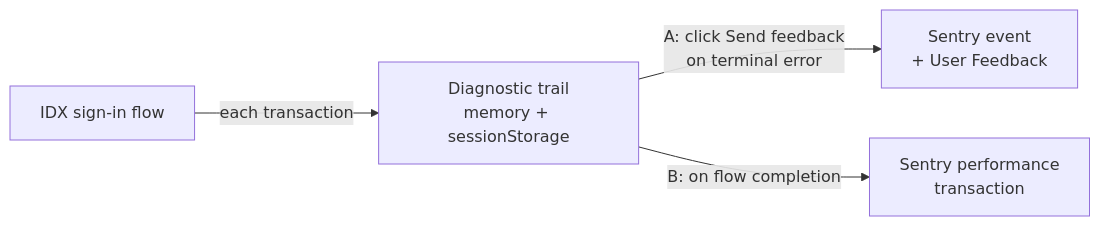
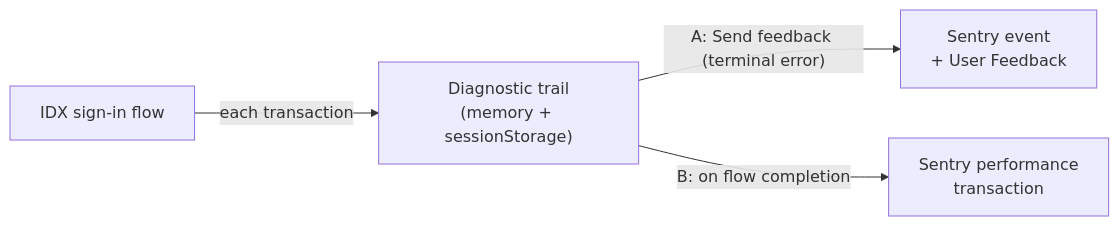
Before and after one commit to okta/okta-signin-widget: the first of 2 diagrams in src/v3/docs/sentry-poc-demo.md, drawn with Mermaid. The commit also changed other lines of this file, not shown here.

Commit message:
docs(gen3): fix mermaid diagrams in sentry POC doc

````diff
--- a/src/v3/docs/sentry-poc-demo.md
+++ b/src/v3/docs/sentry-poc-demo.md
@@ -56,6 +56,6 @@
 ```mermaid
 flowchart LR
-  A[IDX sign-in flow] -->|each transaction| B[Diagnostic trail<br/>memory + sessionStorage]
-  B -->|A: click Send feedback<br/>on terminal error| C[Sentry event<br/>+ User Feedback]
-  B -->|B: on flow completion| D[Sentry performance<br/>transaction]
+  A["IDX sign-in flow"] -->|each transaction| B["Diagnostic trail<br/>(memory + sessionStorage)"]
+  B -->|"A: Send feedback (terminal error)"| C["Sentry event<br/>+ User Feedback"]
+  B -->|"B: on flow completion"| D["Sentry performance<br/>transaction"]
 ```
````
